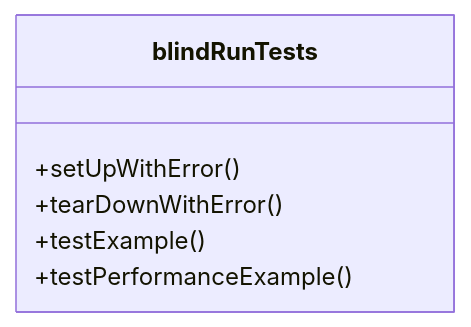
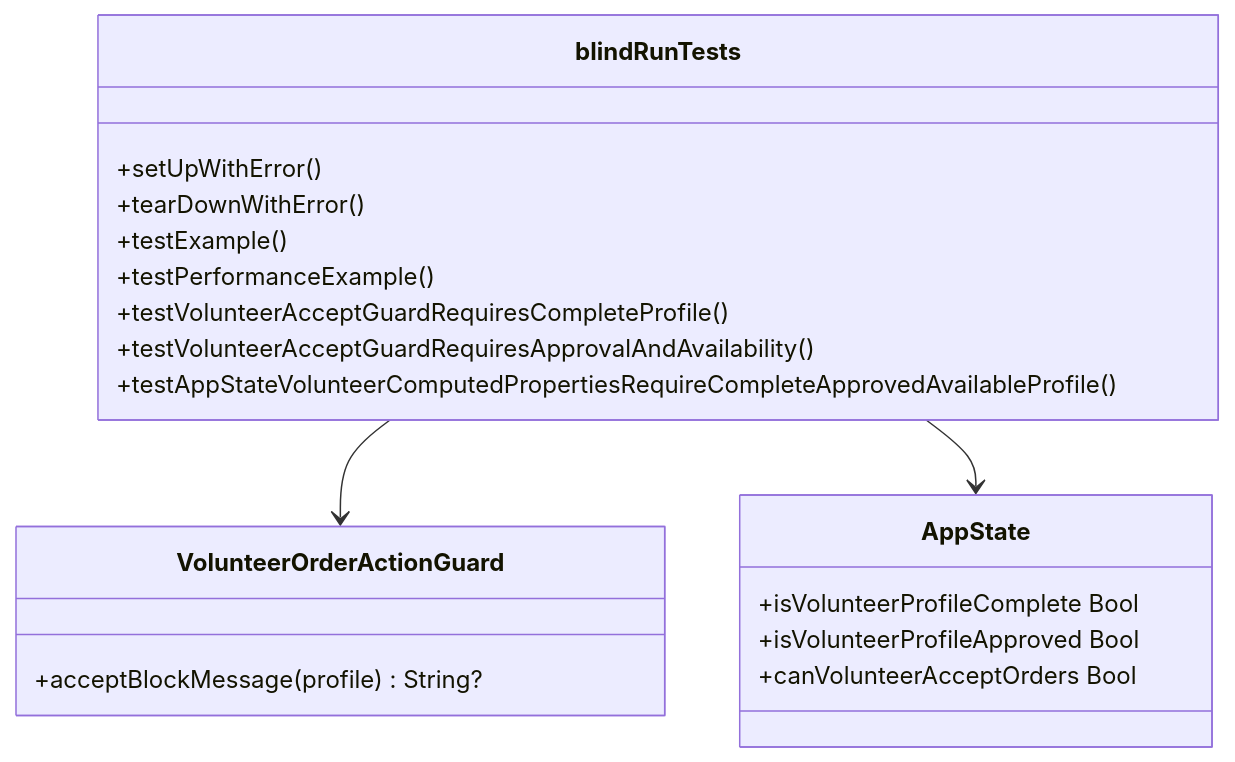
The third of 10 diagrams in .qoder/repowiki/zh/content/测试策略/测试策略.md (Jayden23018/blind-run-ios), drawn with Mermaid before and after one commit. The commit also changed other lines of this file and 15 other files, not shown here.

````diff
--- a/.qoder/repowiki/zh/content/测试策略/测试策略.md
+++ b/.qoder/repowiki/zh/content/测试策略/测试策略.md
@@ -138,9 +155,22 @@
 ```mermaid
 classDiagram
 class blindRunTests {
 +setUpWithError()
 +tearDownWithError()
 +testExample()
 +testPerformanceExample()
++testVolunteerAcceptGuardRequiresCompleteProfile()
++testVolunteerAcceptGuardRequiresApprovalAndAvailability()
++testAppStateVolunteerComputedPropertiesRequireCompleteApprovedAvailableProfile()
 }
+class VolunteerOrderActionGuard {
++acceptBlockMessage(profile) String?
+}
+class AppState {
++isVolunteerProfileComplete Bool
++isVolunteerProfileApproved Bool
++canVolunteerAcceptOrders Bool
+}
+blindRunTests --> VolunteerOrderActionGuard
+blindRunTests --> AppState
 ```
````
